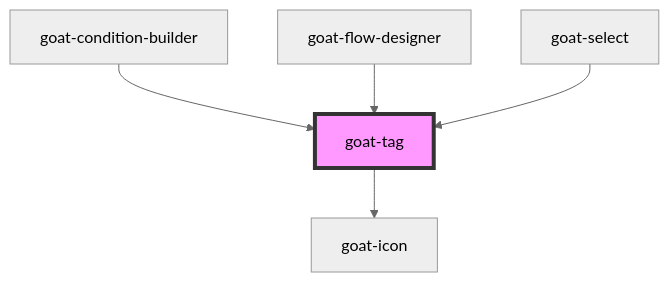
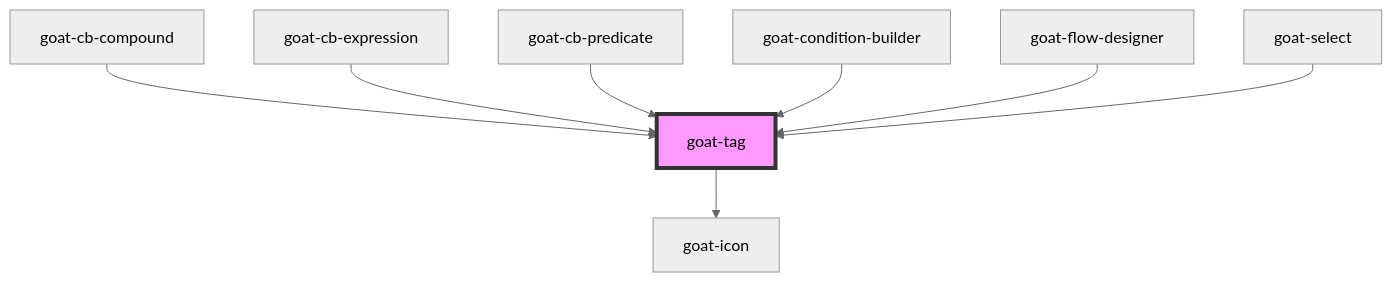
The diagram in src/components/data-display/tag/readme.md (goatui/components), drawn with Mermaid (neutral theme) before and after one commit. The commit also changed other lines of this file and 23 other files, not shown here.

````diff
--- a/src/components/data-display/tag/readme.md
+++ b/src/components/data-display/tag/readme.md
@@ -40,8 +43,11 @@
 ```mermaid
 graph TD;
   goat-tag --> goat-icon
+  goat-cb-compound --> goat-tag
+  goat-cb-expression --> goat-tag
+  goat-cb-predicate --> goat-tag
   goat-condition-builder --> goat-tag
   goat-flow-designer --> goat-tag
   goat-select --> goat-tag
   style goat-tag fill:#f9f,stroke:#333,stroke-width:4px
 ```
````
